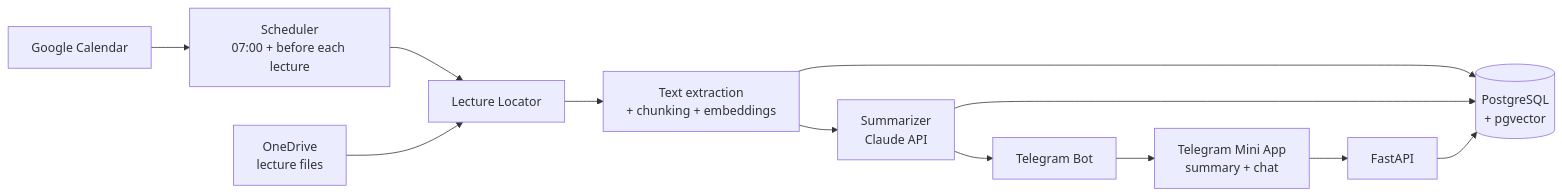
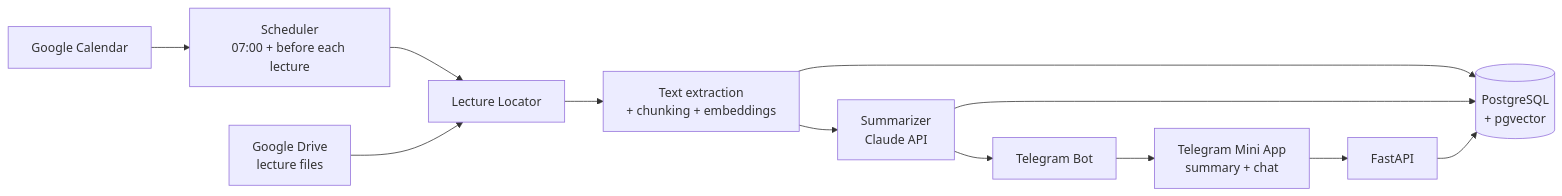
One commit to DorAvissar/lecture-prep changed the diagram in README.md. Above: the diagram before and after it, drawn with Mermaid. The commit also changed other lines of this file, not shown here.

Commit message:
docs: explain Google setup and switch architecture to Google Drive

````diff
--- a/README.md
+++ b/README.md
@@ -18,14 +18,14 @@
 ```mermaid
 flowchart LR
     Cal[Google Calendar] --> Sched[Scheduler<br/>07:00 + before each lecture]
     Sched --> Loc[Lecture Locator]
-    OD[OneDrive<br/>lecture files] --> Loc
+    GD[Google Drive<br/>lecture files] --> Loc
     Loc --> Proc[Text extraction<br/>+ chunking + embeddings]
     Proc --> DB[(PostgreSQL<br/>+ pgvector)]
     Proc --> Sum[Summarizer<br/>Claude API]
     Sum --> DB
     Sum --> TG[Telegram Bot]
     TG --> Mini[Telegram Mini App<br/>summary + chat]
     Mini --> API[FastAPI]
     API --> DB
 ```
````
